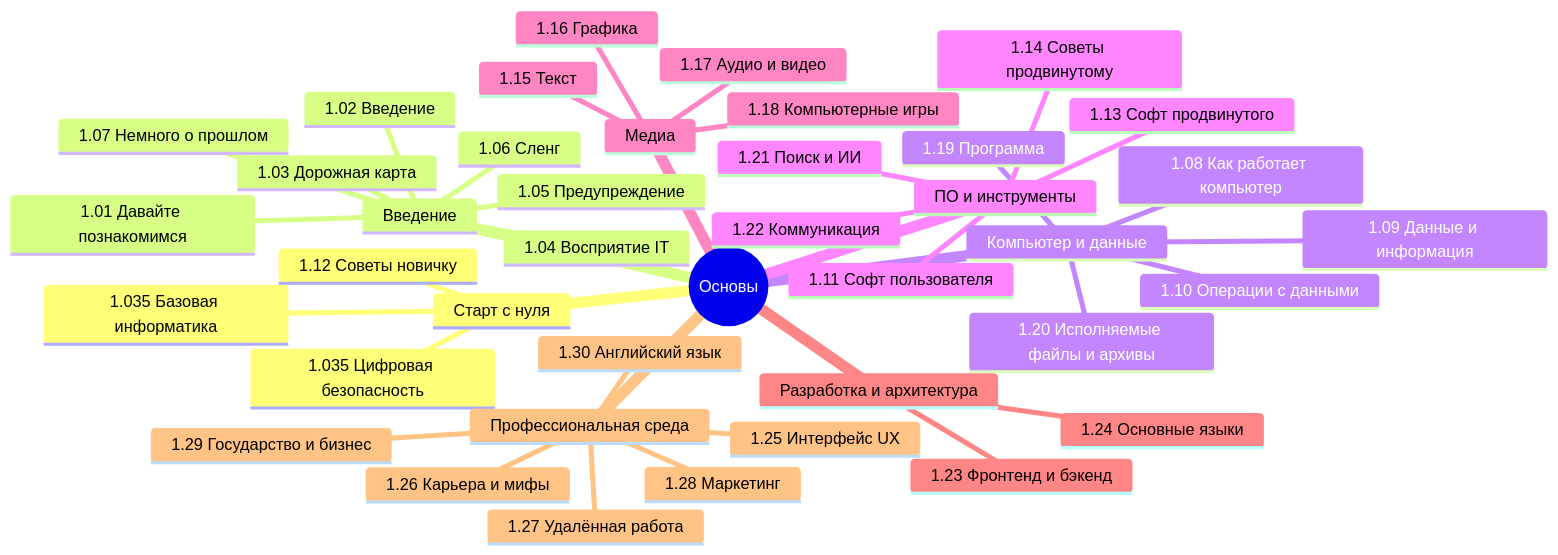
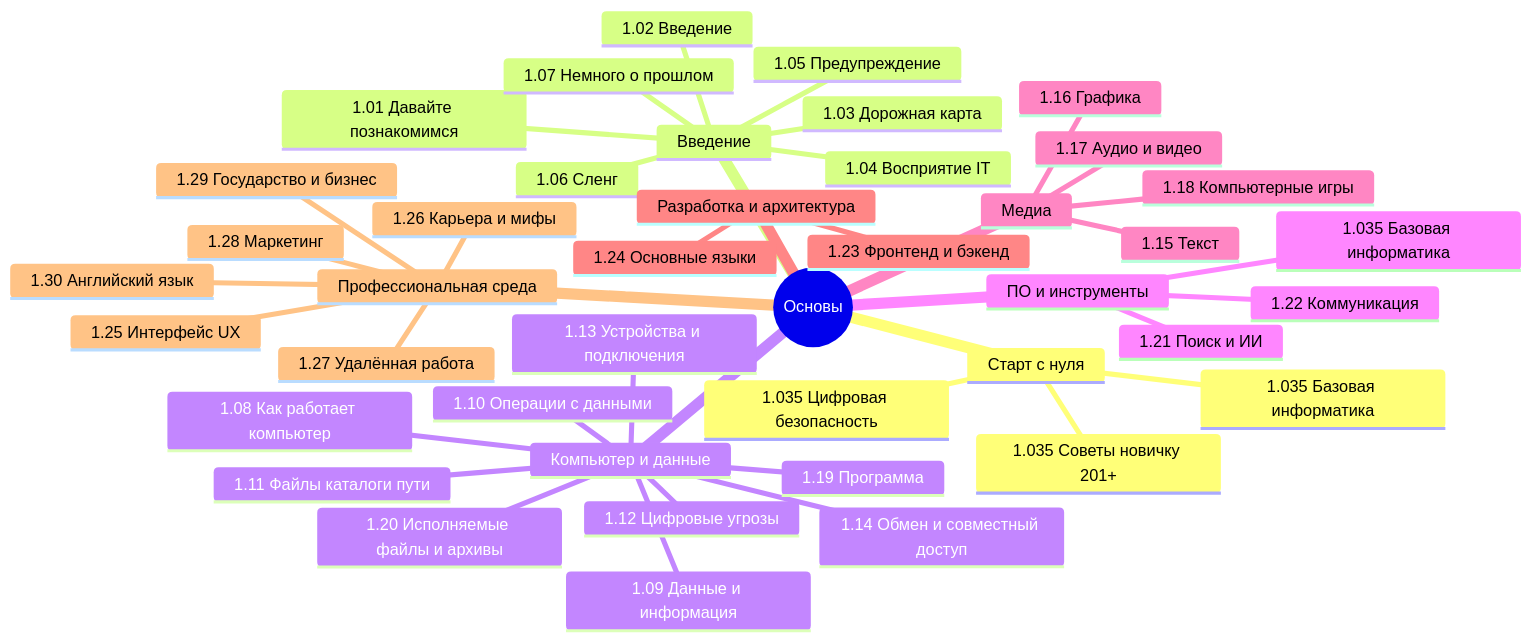
One commit to Spirzen/it-knowledge-base changed the diagram in docs/encyclopedia/1-basics/basics.md. Above: the diagram before and after it, drawn with Mermaid. The commit also changed other lines of this file and 377 other files, not shown here.

````diff
--- a/docs/encyclopedia/1-basics/basics.md
+++ b/docs/encyclopedia/1-basics/basics.md
@@ -30,43 +30,45 @@
 ```mermaid
 mindmap
   root((Основы))
     Старт с нуля
       1.035 Базовая информатика
       1.035 Цифровая безопасность
-      1.12 Советы новичку
+      1.035 Советы новичку 201+
     Введение
       1.01 Давайте познакомимся
       1.02 Введение
       1.03 Дорожная карта
       1.04 Восприятие IT
       1.05 Предупреждение
       1.06 Сленг
       1.07 Немного о прошлом
     Компьютер и данные
       1.08 Как работает компьютер
       1.09 Данные и информация
       1.10 Операции с данными
+      1.11 Файлы каталоги пути
+      1.12 Цифровые угрозы
+      1.13 Устройства и подключения
+      1.14 Обмен и совместный доступ
       1.19 Программа
       1.20 Исполняемые файлы и архивы
     ПО и инструменты
-      1.11 Софт пользователя
-      1.13 Софт продвинутого
-      1.14 Советы продвинутому
+      1.035 Базовая информатика
       1.21 Поиск и ИИ
       1.22 Коммуникация
     Медиа
       1.15 Текст
       1.16 Графика
       1.17 Аудио и видео
       1.18 Компьютерные игры
     Разработка и архитектура
       1.23 Фронтенд и бэкенд
       1.24 Основные языки
     Профессиональная среда
       1.25 Интерфейс UX
       1.26 Карьера и мифы
       1.27 Удалённая работа
       1.28 Маркетинг
       1.29 Государство и бизнес
       1.30 Английский язык
 ```
````
